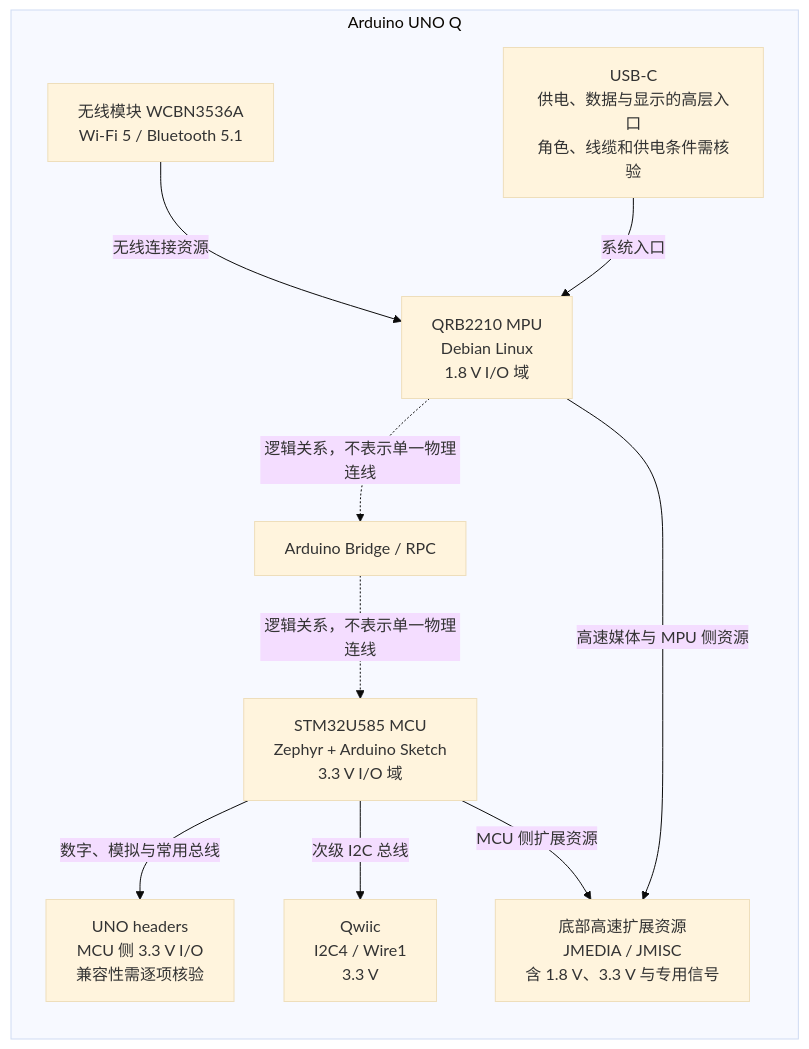
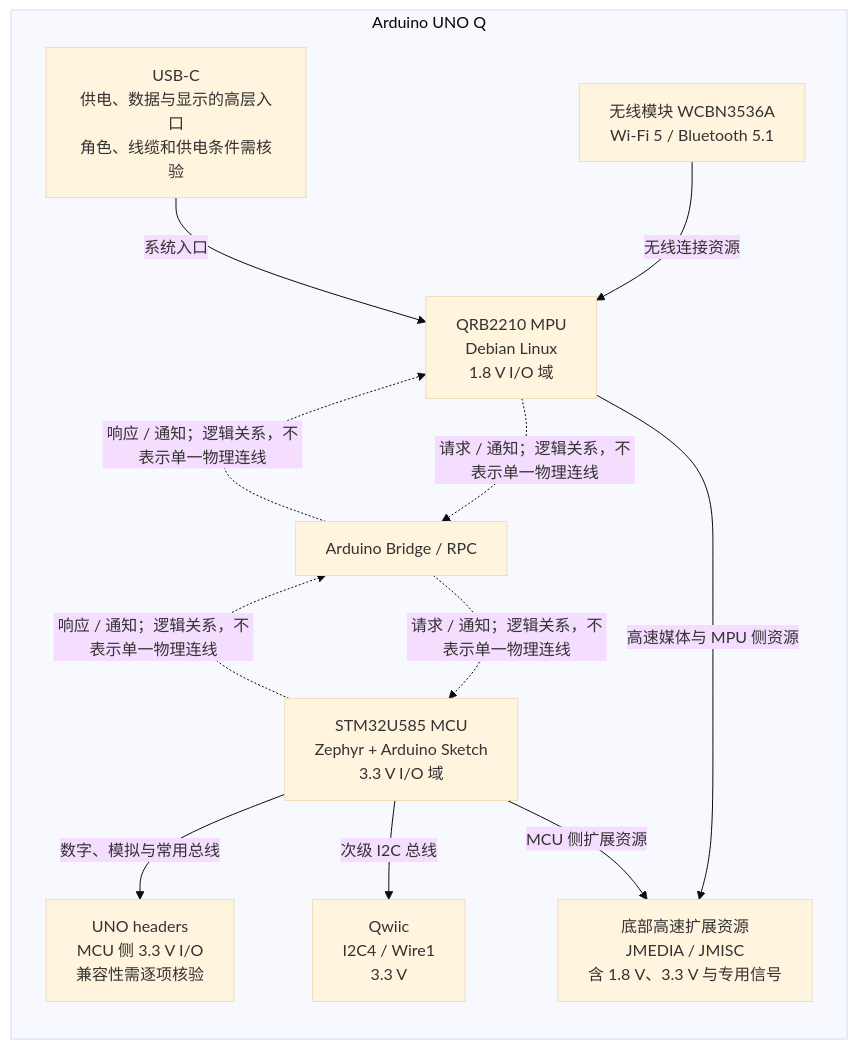
The diagram in diagrams/uno-q-hardware-map.mmd (zhaojinping/arduino-uno-q-deep-development-learning-roadmap), drawn with Mermaid (base theme) before and after one commit. The commit also changed 2 other files, not shown here.

```diff
--- a/diagrams/uno-q-hardware-map.mmd
+++ b/diagrams/uno-q-hardware-map.mmd
@@ -1,20 +1,22 @@
 flowchart LR
     subgraph UNOQ[Arduino UNO Q]
         MPU[QRB2210 MPU\nDebian Linux\n1.8 V I/O 域]
         BRIDGE[Arduino Bridge / RPC]
         MCU[STM32U585 MCU\nZephyr + Arduino Sketch\n3.3 V I/O 域]
         WIRELESS[无线模块 WCBN3536A\nWi-Fi 5 / Bluetooth 5.1]
         USBC[USB-C\n供电、数据与显示的高层入口\n角色、线缆和供电条件需核验]
         UNO_HEADERS[UNO headers\nMCU 侧 3.3 V I/O\n兼容性需逐项核验]
         QWIIC[Qwiic\nI2C4 / Wire1\n3.3 V]
         BOTTOM[底部高速扩展资源\nJMEDIA / JMISC\n含 1.8 V、3.3 V 与专用信号]
 
-        MPU -.->|逻辑关系，不表示单一物理连线| BRIDGE
-        BRIDGE -.->|逻辑关系，不表示单一物理连线| MCU
+        MPU -.->|请求 / 通知；逻辑关系，不表示单一物理连线| BRIDGE
+        BRIDGE -.->|响应 / 通知；逻辑关系，不表示单一物理连线| MPU
+        BRIDGE -.->|请求 / 通知；逻辑关系，不表示单一物理连线| MCU
+        MCU -.->|响应 / 通知；逻辑关系，不表示单一物理连线| BRIDGE
         WIRELESS -->|无线连接资源| MPU
         USBC -->|系统入口| MPU
         MCU -->|数字、模拟与常用总线| UNO_HEADERS
         MCU -->|次级 I2C 总线| QWIIC
         MPU -->|高速媒体与 MPU 侧资源| BOTTOM
         MCU -->|MCU 侧扩展资源| BOTTOM
     end
```
